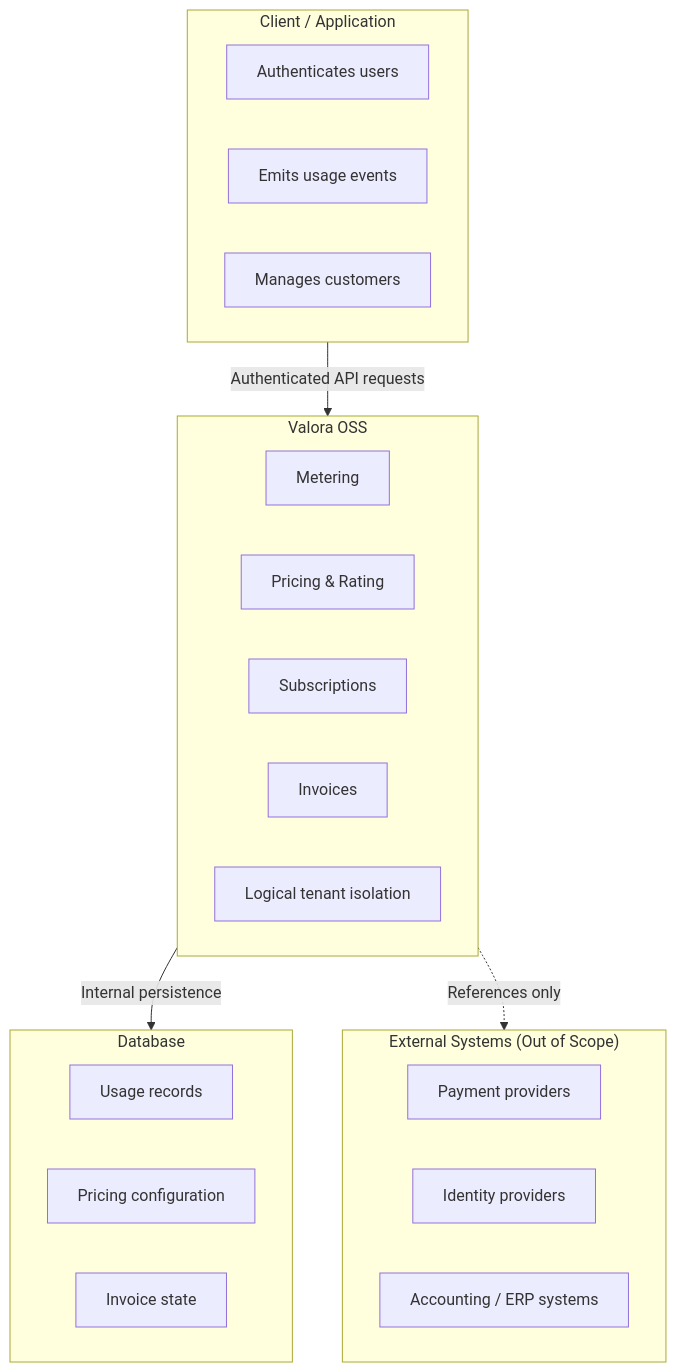
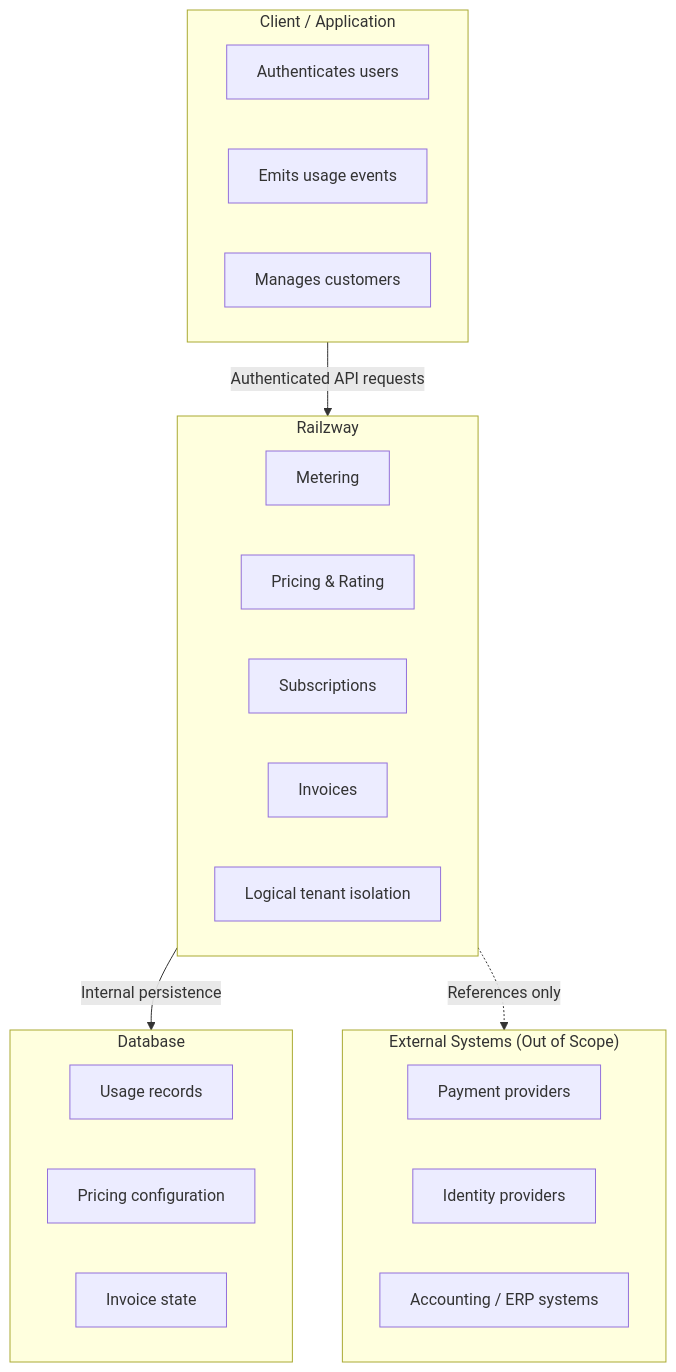
The diagram in ARCHITECTURE.md (smallbiznis/valora), drawn with Mermaid before and after one commit. The commit also changed other lines of this file and 240 other files, not shown here.

First line of the commit message:
refactor: migrate to hybrid architecture (monolith + microservices)

````diff
--- a/ARCHITECTURE.md
+++ b/ARCHITECTURE.md
@@ -136,32 +169,32 @@
 ```mermaid
 flowchart TB
     subgraph Client["Client / Application"]
         C1["Authenticates users"]
         C2["Emits usage events"]
         C3["Manages customers"]
     end
 
-    subgraph Valora["Valora OSS"]
+    subgraph Railzway["Railzway"]
         V1["Metering"]
         V2["Pricing & Rating"]
         V3["Subscriptions"]
         V4["Invoices"]
         V5["Logical tenant isolation"]
     end
 
     subgraph DB["Database"]
         D1["Usage records"]
         D2["Pricing configuration"]
         D3["Invoice state"]
     end
 
     subgraph External["External Systems (Out of Scope)"]
         E1["Payment providers"]
         E2["Identity providers"]
         E3["Accounting / ERP systems"]
     end
 
-    Client -->|Authenticated API requests| Valora
-    Valora -->|Internal persistence| DB
-    Valora -.->|References only| External
+    Client -->|Authenticated API requests| Railzway
+    Railzway -->|Internal persistence| DB
+    Railzway -.->|References only| External
 ```
````
